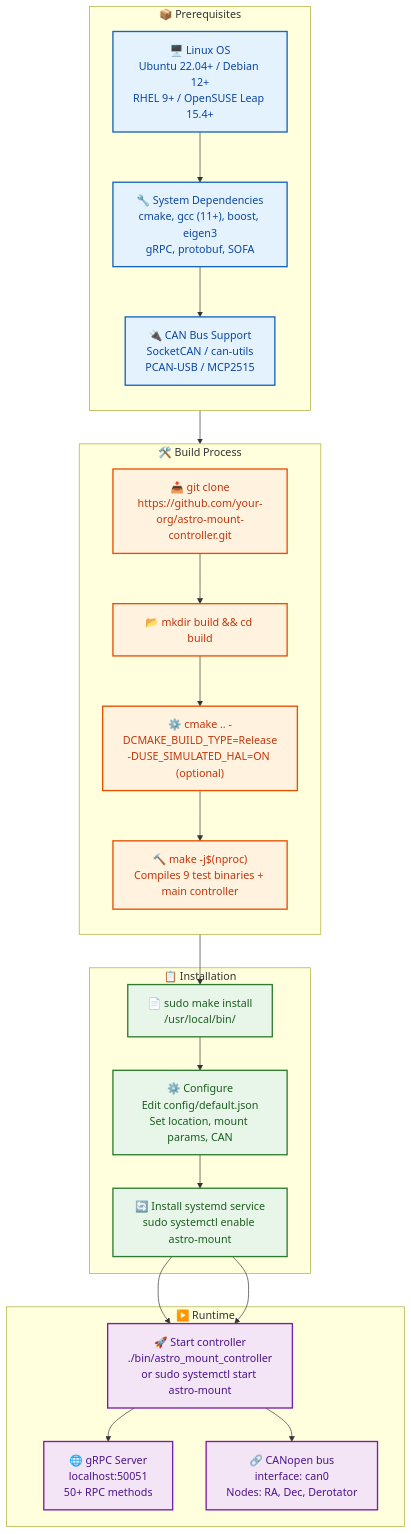
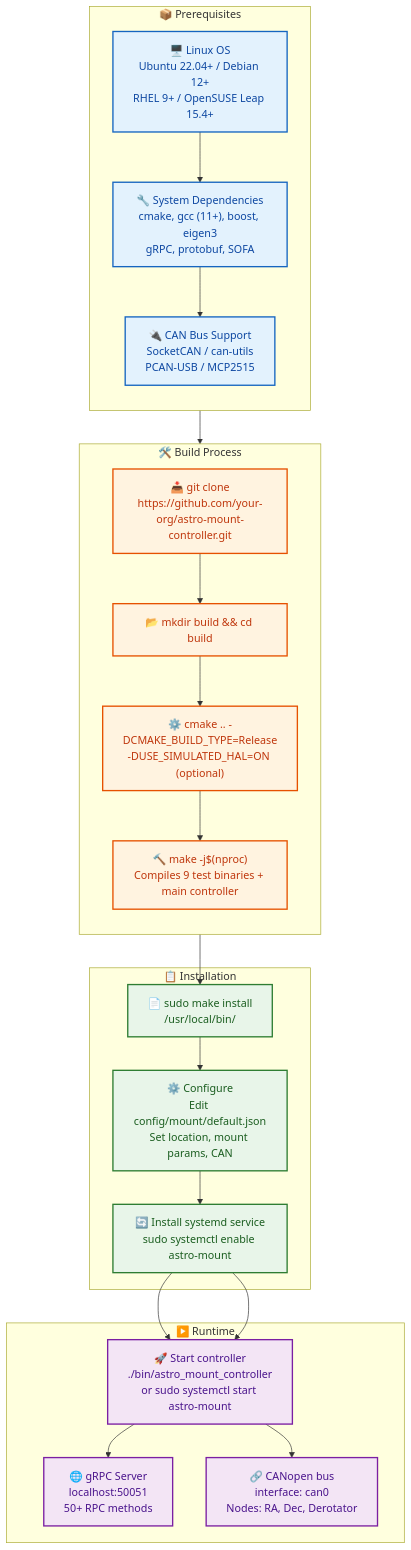
One commit to pielaszkiewicz-jacek/astro_mount_control changed the diagram in docs/en/installation.md. Above: the diagram before and after it, drawn with Mermaid. The commit also changed other lines of this file and 37 other files, not shown here.

````diff
--- a/docs/en/installation.md
+++ b/docs/en/installation.md
@@ -5,47 +5,47 @@
 ```mermaid
 flowchart TD
     %% Styles
     classDef prereq fill:#e3f2fd,stroke:#1565c0,stroke-width:2px,color:#0d47a1
     classDef build fill:#fff3e0,stroke:#e65100,stroke-width:2px,color:#bf360c
     classDef install fill:#e8f5e9,stroke:#2e7d32,stroke-width:2px,color:#1b5e20
     classDef run fill:#f3e5f5,stroke:#7b1fa2,stroke-width:2px,color:#4a148c
 
     subgraph PREREQ["📦 Prerequisites"]
         direction TB
         OS["🖥️ Linux OS<br/>Ubuntu 22.04+ / Debian 12+<br/>RHEL 9+ / OpenSUSE Leap 15.4+"]:::prereq
         DEPS["🔧 System Dependencies<br/>cmake, gcc (11+), boost, eigen3<br/>gRPC, protobuf, SOFA"]:::prereq
         CAN["🔌 CAN Bus Support<br/>SocketCAN / can-utils<br/>PCAN-USB / MCP2515"]:::prereq
     end
 
     subgraph BUILD["🛠️ Build Process"]
         direction TB
         CLONE["📥 git clone<br/>https://github.com/your-org/astro-mount-controller.git"]:::build
         MKDIR["📂 mkdir build && cd build"]:::build
         CMAKE["⚙️ cmake .. -DCMAKE_BUILD_TYPE=Release<br/>-DUSE_SIMULATED_HAL=ON (optional)"]:::build
         MAKE["🔨 make -j$(nproc)<br/>Compiles 9 test binaries + main controller"]:::build
     end
 
     subgraph INST["📋 Installation"]
         INSTALL["📄 sudo make install<br/>/usr/local/bin/"]:::install
-        CONF["⚙️ Configure<br/>Edit config/default.json<br/>Set location, mount params, CAN"]:::install
+        CONF["⚙️ Configure<br/>Edit config/mount/default.json<br/>Set location, mount params, CAN"]:::install
         SERVICE["🔄 Install systemd service<br/>sudo systemctl enable astro-mount"]:::install
     end
 
     subgraph RUN["▶️ Runtime"]
         START["🚀 Start controller<br/>./bin/astro_mount_controller<br/>or sudo systemctl start astro-mount"]:::run
         GRPC["🌐 gRPC Server<br/>localhost:50051<br/>50+ RPC methods"]:::run
         CANOPEN["🔗 CANopen bus<br/>interface: can0<br/>Nodes: RA, Dec, Derotator"]:::run
     end
 
     OS --> DEPS --> CAN
     CAN --> CLONE
     CLONE --> MKDIR --> CMAKE --> MAKE
     MAKE --> INSTALL --> CONF --> SERVICE
     SERVICE --> START --> GRPC
     SERVICE --> START --> CANOPEN
 
     class OS,DEPS,CAN prereq
     class CLONE,MKDIR,CMAKE,MAKE build
     class INSTALL,CONF,SERVICE install
     class START,GRPC,CANOPEN run
 ```
````
